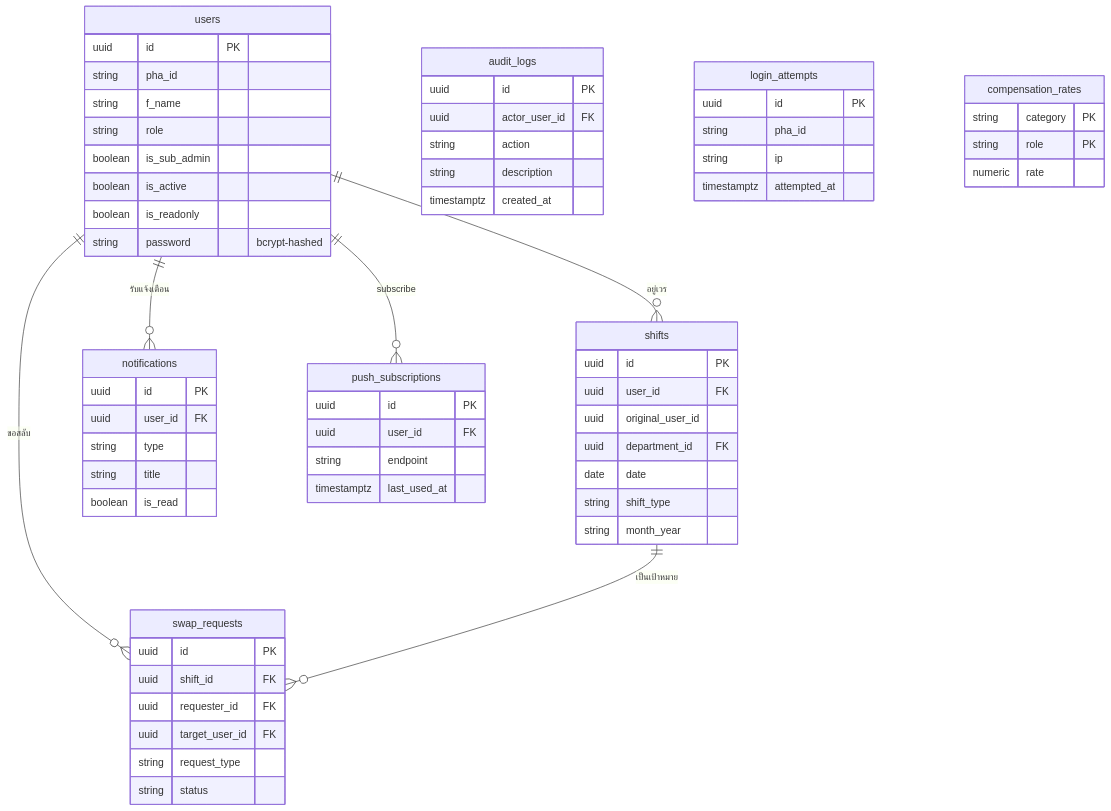
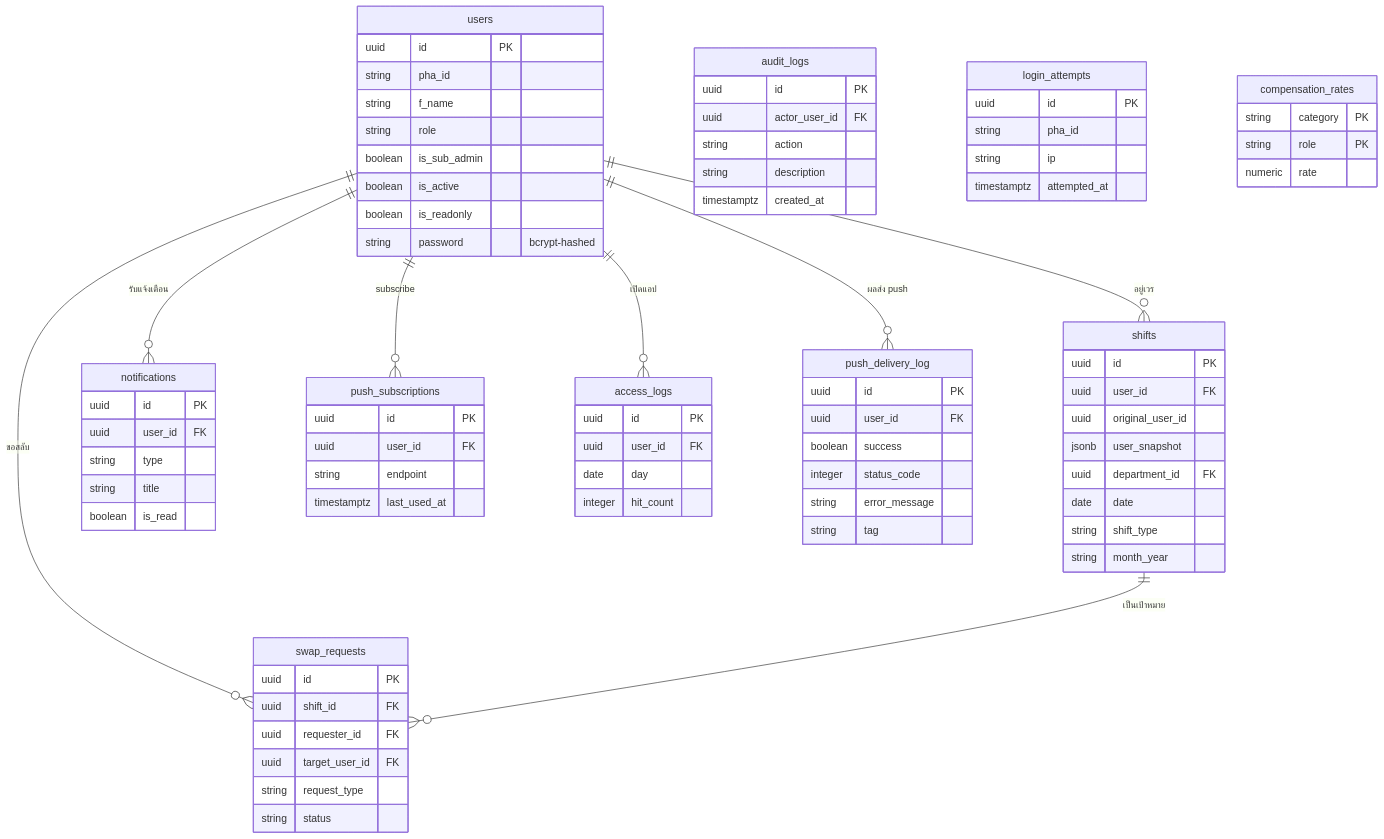
Before and after one commit to codex074/pharmshift: the fifth of 5 diagrams in README.md, drawn with Mermaid. The commit also changed other lines of this file, not shown here.

First line of the commit message:
Sync README with current architecture and admin surface

````diff
--- a/README.md
+++ b/README.md
@@ -256,6 +262,7 @@
         uuid id PK
         uuid user_id FK
         uuid original_user_id
+        jsonb user_snapshot
         uuid department_id FK
         date date
         string shift_type
@@ -300,10 +307,26 @@
         string role PK
         numeric rate
     }
+    access_logs {
+        uuid id PK
+        uuid user_id FK
+        date day
+        integer hit_count
+    }
+    push_delivery_log {
+        uuid id PK
+        uuid user_id FK
+        boolean success
+        integer status_code
+        string error_message
+        string tag
+    }
 
     users ||--o{ shifts : "อยู่เวร"
     users ||--o{ swap_requests : "ขอสลับ"
     users ||--o{ notifications : "รับแจ้งเตือน"
     users ||--o{ push_subscriptions : "subscribe"
+    users ||--o{ access_logs : "เปิดแอป"
+    users ||--o{ push_delivery_log : "ผลส่ง push"
     shifts ||--o{ swap_requests : "เป็นเป้าหมาย"
 ```
````
